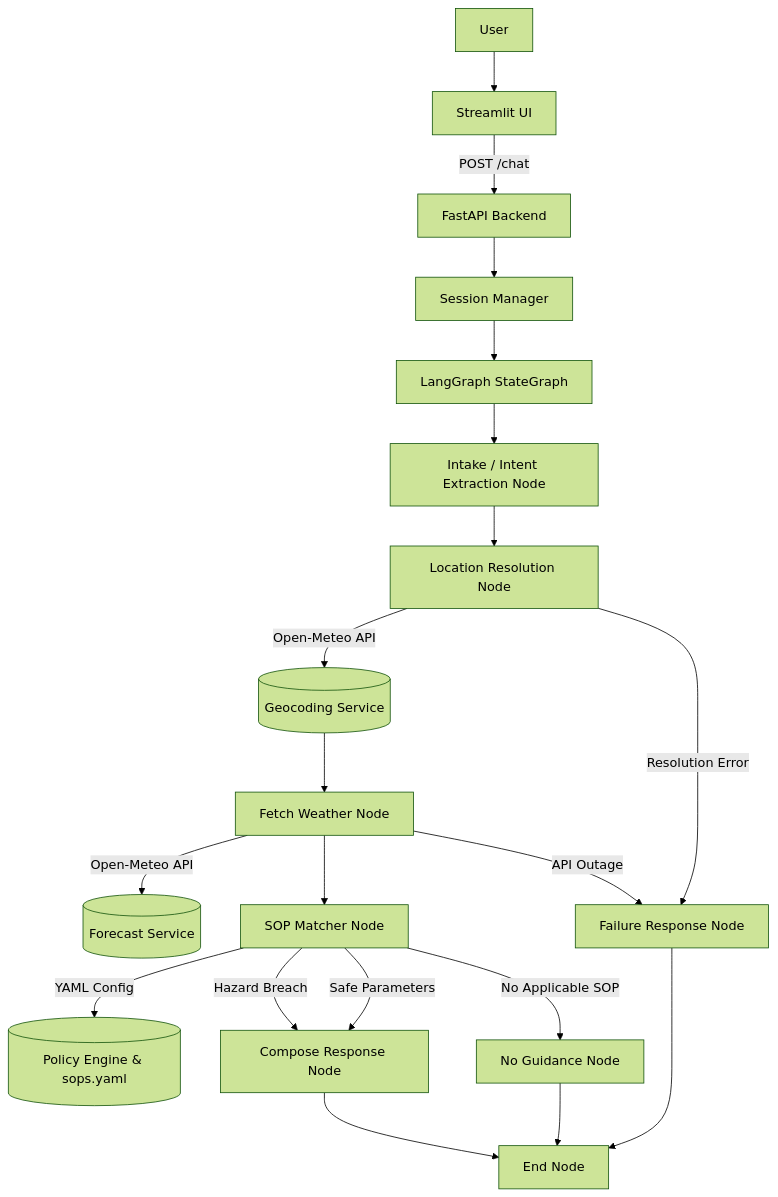
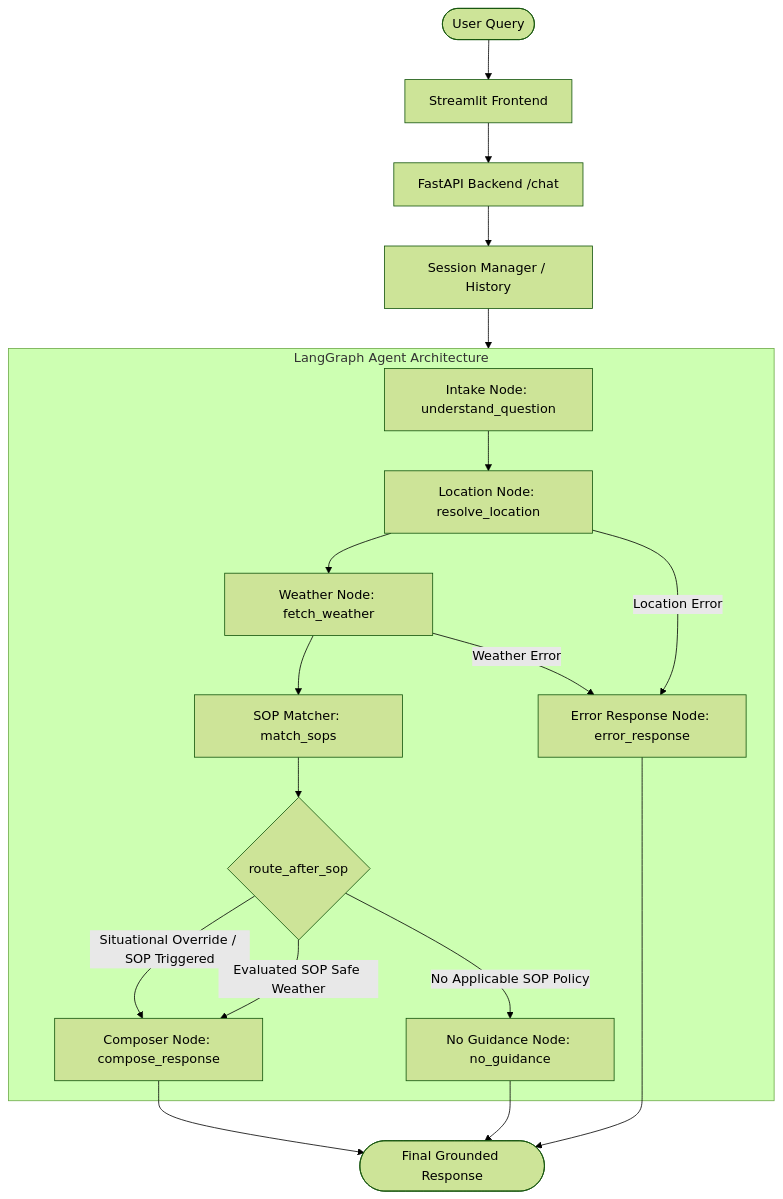
Before and after one commit to Nithin-bot-m/Weather-Advisory-bot: the diagram in README.md, drawn with Mermaid (forest theme). The commit also changed other lines of this file and 8 other files, not shown here.

Commit message:
feat(policy-engine): add situational override SOP-014 and fuzzy picnic evaluation

````diff
--- a/README.md
+++ b/README.md
@@ -49,26 +37,25 @@
 ```mermaid
-flowchart TD
-    U[User] --> UI[Streamlit UI]
-    UI -->|POST /chat| API[FastAPI Backend]
-    API --> S[Session Manager]
-    S --> G[LangGraph StateGraph]
-
-    G --> I[Intake / Intent Extraction Node]
-    I --> L[Location Resolution Node]
-    L -->|Open-Meteo API| GEO[(Geocoding Service)]
-    GEO --> W[Fetch Weather Node]
-    W -->|Open-Meteo API| MET[(Forecast Service)]
-
-    W --> M[SOP Matcher Node]
-    M -->|YAML Config| SOP[(Policy Engine & sops.yaml)]
-
-    M -->|Hazard Breach| C[Compose Response Node]
-    M -->|Safe Parameters| C
-    M -->|No Applicable SOP| N[No Guidance Node]
-    L -->|Resolution Error| F[Failure Response Node]
-    W -->|API Outage| F
-
-    C --> END[End Node]
-    N --> END
-    F --> END
+graph TD
+    User([User Query]) --> Streamlit[Streamlit Frontend]
+    Streamlit --> FastAPI[FastAPI Backend /chat]
+    FastAPI --> SessionMgr[Session Manager / History]
+    SessionMgr --> LangGraph[LangGraph StateGraph Agent]
+    
+    subgraph LangGraph ["LangGraph Agent Architecture"]
+        Intake[Intake Node: understand_question] --> GeoNode[Location Node: resolve_location]
+        GeoNode --> WeatherNode[Weather Node: fetch_weather]
+        WeatherNode --> SOPNode[SOP Matcher: match_sops]
+        SOPNode --> Router{route_after_sop}
+        
+        Router -- Situational Override / SOP Triggered --> Compose[Composer Node: compose_response]
+        Router -- Evaluated SOP Safe Weather --> Compose
+        Router -- No Applicable SOP Policy --> NoGuidance[No Guidance Node: no_guidance]
+        
+        GeoNode -- Location Error --> ErrorNode[Error Response Node: error_response]
+        WeatherNode -- Weather Error --> ErrorNode
+    end
+    
+    Compose --> Output([Final Grounded Response])
+    NoGuidance --> Output
+    ErrorNode --> Output
 ```
````
